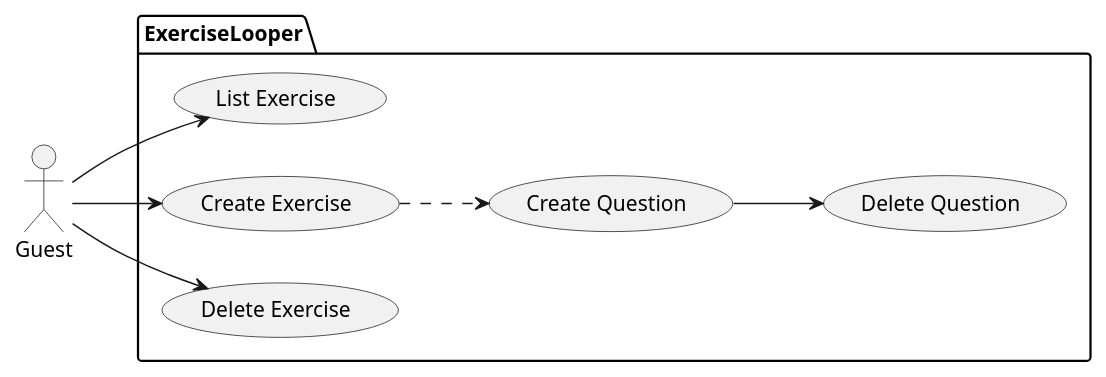
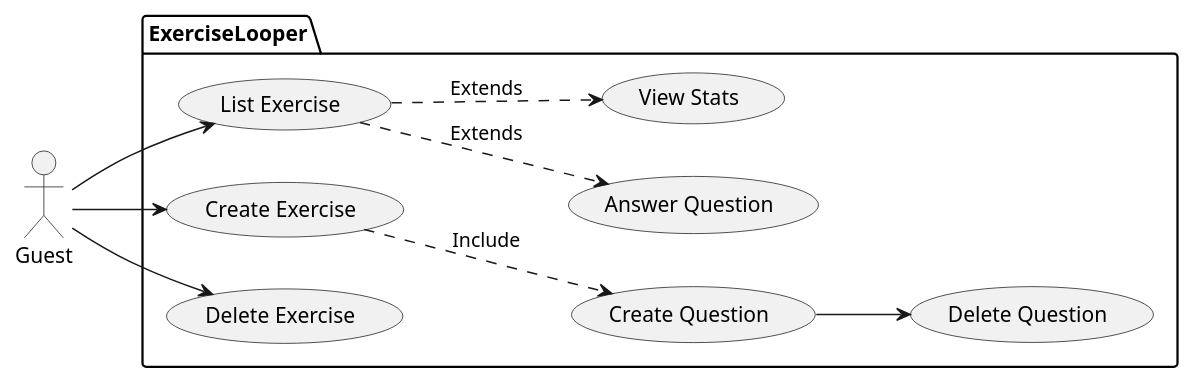
One commit to CPNV-ES/MAW1.1-JLR-JBD changed the diagram in Documentation/UseCaseDiagram.pu. Above: the diagram before and after it, drawn with PlantUML.

```diff
--- a/Documentation/UseCaseDiagram.pu
+++ b/Documentation/UseCaseDiagram.pu
@@ -1,19 +1,22 @@
 @startuml
 left to right direction
 actor Guest as guest
 package ExerciseLooper {
 
   usecase "List Exercise" as ListExercise
   usecase "Create Exercise" as CreateExercise
   usecase "Create Question" as CreateQuestion
   usecase "Delete Exercise" as DeleteExercise
   usecase "Delete Question" as DeleteQuestion
-
+  usecase "Answer Question" as AnswerQuestion
+  usecase "View Stats" as ViewStats
 
 }
 guest-->ListExercise
 guest-->CreateExercise
-CreateExercise ..>CreateQuestion
+CreateExercise ..>CreateQuestion : Include
 guest-->DeleteExercise
 CreateQuestion-->DeleteQuestion
+ListExercise ..> ViewStats : Extends
+ListExercise ..> AnswerQuestion : Extends
 @enduml
```
